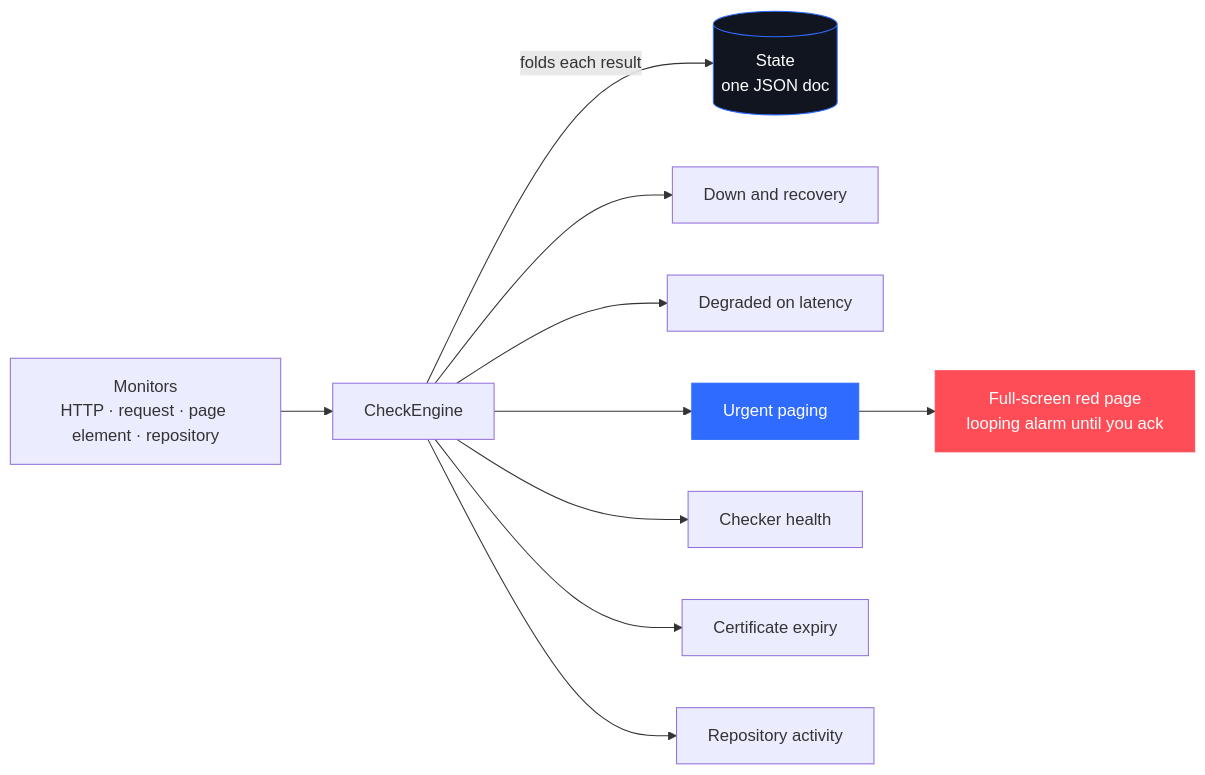
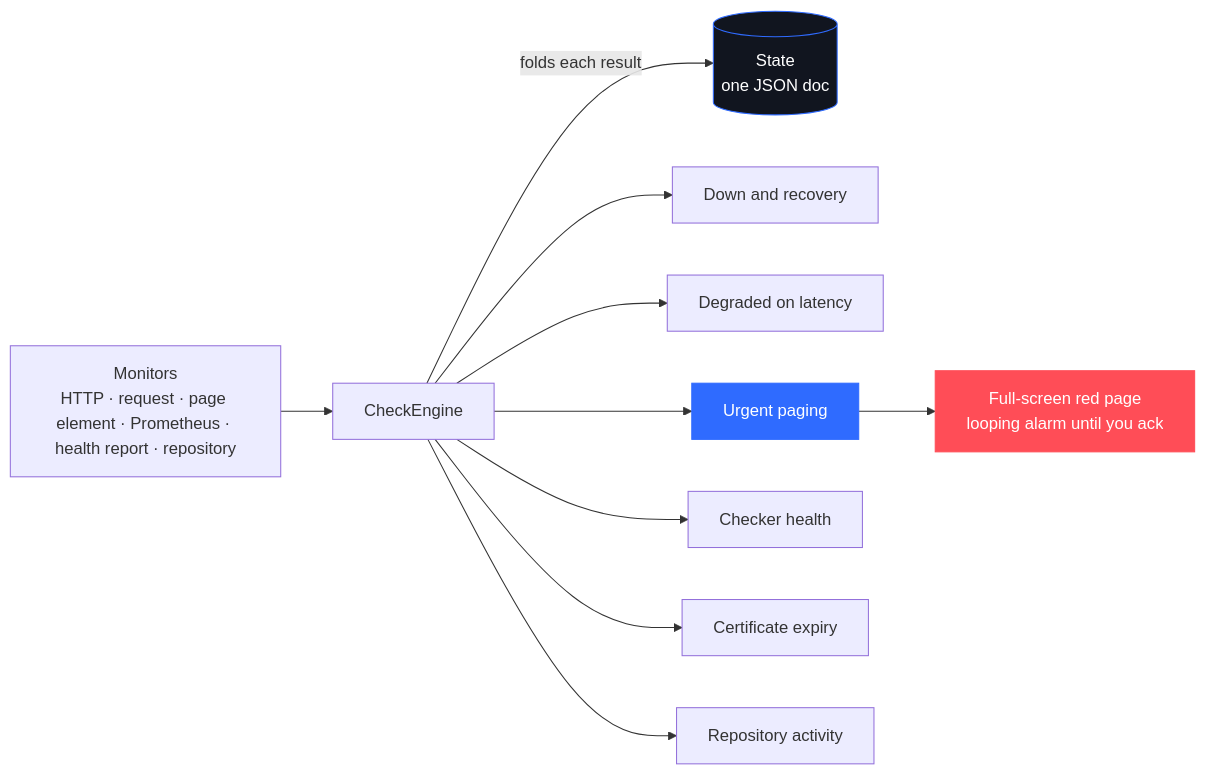
One commit to riveerxd/nightbell changed the diagram in README.md. Above: the diagram before and after it, drawn with Mermaid. The commit also changed other lines of this file and 3 other files, not shown here.

First line of the commit message:
docs: the health report format, and a README that lists every kind

````diff
--- a/README.md
+++ b/README.md
@@ -218,15 +243,15 @@
 ```mermaid
 flowchart LR
-    M["Monitors<br/>HTTP · request · page element · repository"] --> E["CheckEngine"]
+    M["Monitors<br/>HTTP · request · page element · Prometheus · health report · repository"] --> E["CheckEngine"]
     E -->|folds each result| DB[("State<br/>one JSON doc")]
     E --> A1["Down and recovery"]
     E --> A2["Degraded on latency"]
     E --> A3["Urgent paging"]
     E --> A4["Checker health"]
     E --> A5["Certificate expiry"]
     E --> A6["Repository activity"]
     A3 --> PG["Full-screen red page<br/>looping alarm until you ack"]
     style A3 fill:#2F6BFF,stroke:#2F6BFF,color:#ffffff
     style PG fill:#FF4D57,stroke:#FF4D57,color:#ffffff
     style DB fill:#11151f,stroke:#2F6BFF,color:#ffffff
 ```
````
